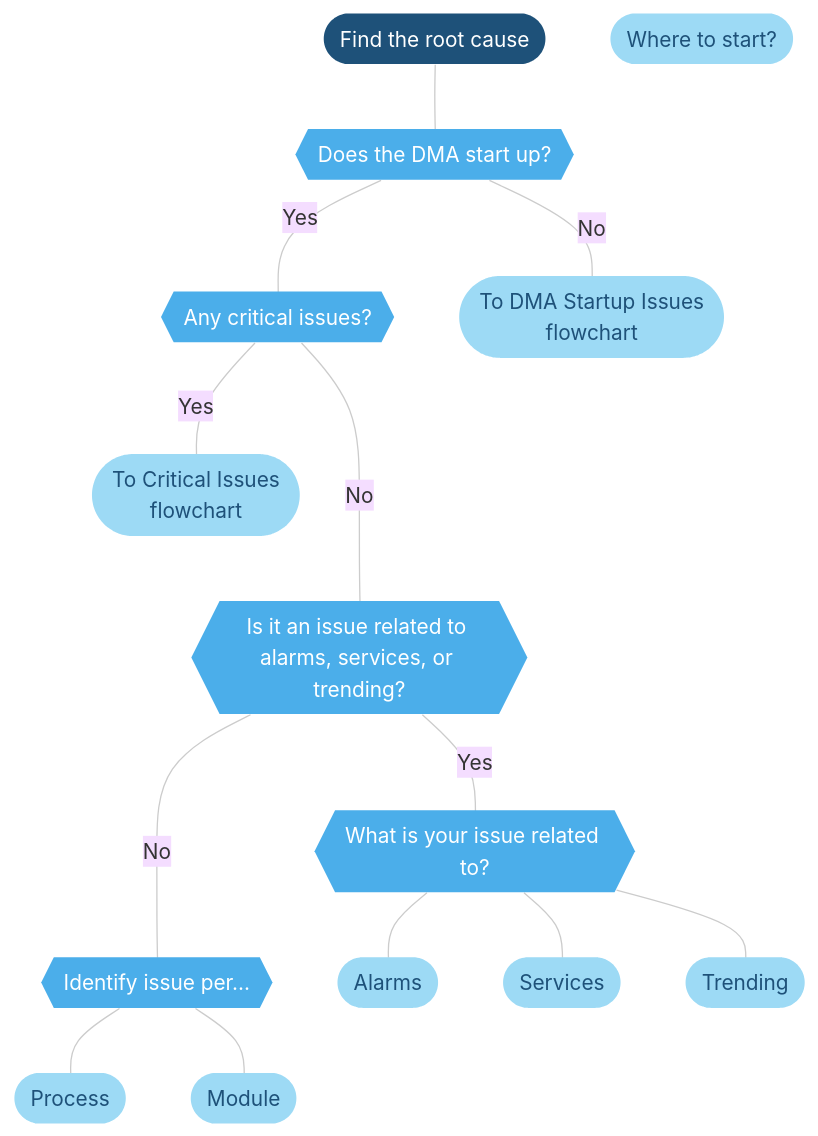
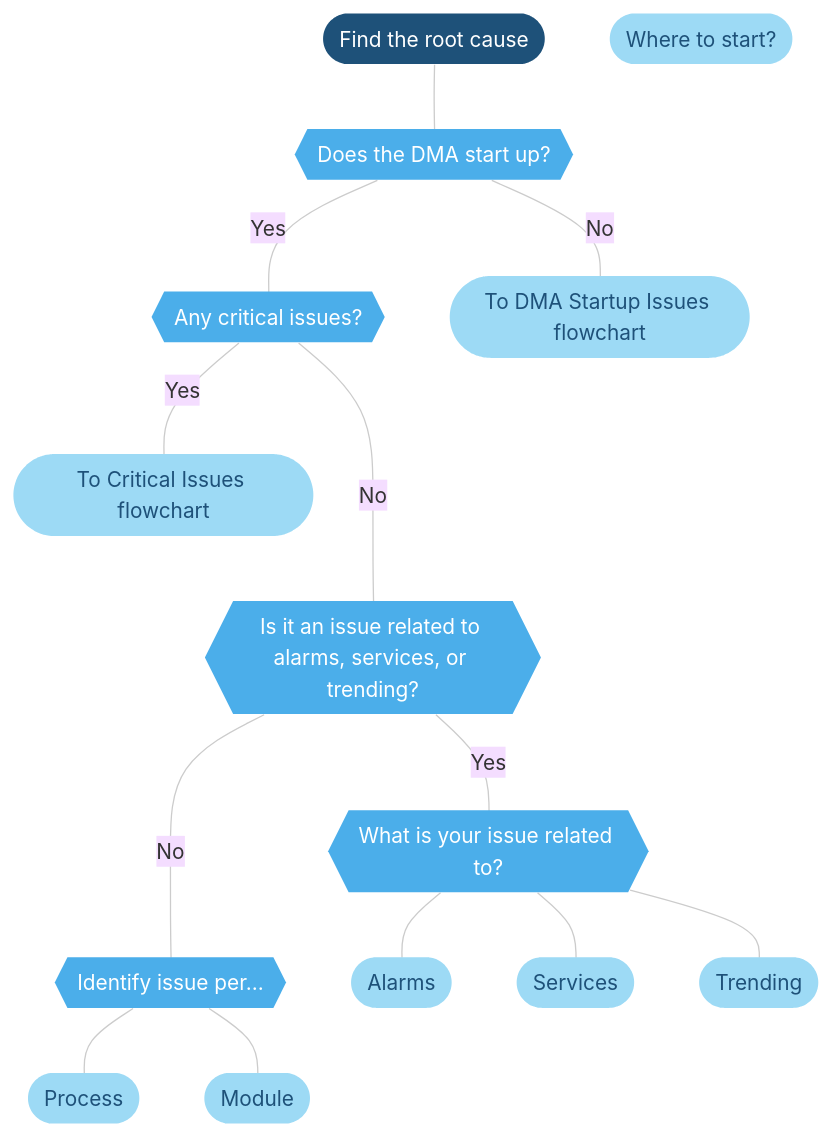
One commit to SkylineCommunications/dataminer-docs changed the diagram in user-guide/Troubleshooting/Troubleshooting_Flowcharts/Finding_a_Root_Cause.md. Above: the diagram before and after it, drawn with Mermaid (base theme). The commit also changed 21 other files, not shown here.

````diff
--- a/user-guide/Troubleshooting/Troubleshooting_Flowcharts/Finding_a_Root_Cause.md
+++ b/user-guide/Troubleshooting/Troubleshooting_Flowcharts/Finding_a_Root_Cause.md
@@ -7,53 +7,53 @@
 ```mermaid
 flowchart TD
     %% Define styles %%
     linkStyle default stroke:#cccccc
     classDef classTerminal fill:#1e5179,stroke:#1e5179,color:#ffffff,stroke-width:0px;
     classDef classDecision fill:#4baeea,stroke:#4baeea,color:#ffffff,stroke-width:0px;
     classDef classExternalRef fill:#9ddaf5,stroke:#9ddaf5,color:#1E5179,stroke-width:0px;
     classDef classActionClickable fill:#999999,stroke:#999999,color:#ffffff,stroke-width:0px;
     classDef classAction fill:#dddddd,stroke:#dddddd,color:#1E5179,stroke-width:0px;
     classDef classSolution fill:#58595b,stroke:#58595b,color:#ffffff,stroke-width:0px;
     %% Define blocks %%
     START([Find the root cause])
     Investigate([Where to start?])
     CheckStartup{{Does the DMA start up?}}
     CHECK1{{Any critical issues? }}
     identify{{Identify issue per... }}
-    AlarmsServicesTrending{{Is it an issue related to <br>alarms, services, or trending?}}
-    DMAStartupIssues([To DMA Startup Issues<br>flowchart])
-    critical([To Critical Issues<br>flowchart])
+    AlarmsServicesTrending{{Is it an issue related to alarms, services, or trending?}}
+    DMAStartupIssues([To DMA Startup Issues flowchart])
+    critical([To Critical Issues flowchart])
     ProcessFlowcharts([Process])
     Module([Module])
     Which{{What is your issue related to?}}
     Alarms([Alarms])
     Services([Services])
     Trending([Trending])
     %% Connect blocks %%
     START --- CheckStartup
     CheckStartup ---|Yes| CHECK1
     CheckStartup --- |No| DMAStartupIssues
     CHECK1 --- |Yes| critical
     CHECK1 ---- |No| AlarmsServicesTrending
     AlarmsServicesTrending ---|Yes|Which
     AlarmsServicesTrending ----|No|identify
     identify --- ProcessFlowcharts
     identify --- Module
     Which --- Alarms
     Which --- Services
     Which --- Trending
     %% Define hyperlinks %%
     click CHECK1 "#examples-of-critical-issues" "examples of critical issues"
     click critical "/user-guide/Troubleshooting/Troubleshooting_Flowcharts/Troubleshooting_Critical_Issues/Troubleshooting_Critical_Issues_Overview.html" "To critical issues flowchart"
     click DMAStartupIssues "/user-guide/Troubleshooting/Troubleshooting_Flowcharts/Troubleshooting_Startup_Issues.html" "DMA Startup Issues"
     click ProcessFlowcharts "/user-guide/Troubleshooting/Troubleshooting_Flowcharts/Troubleshooting_Process_Identification/Troubleshooting_Process_Identification.html" "Process identification"
     click Module "/user-guide/Troubleshooting/Troubleshooting_Flowcharts/Troubleshooting_Identify_Per_Module/Troubleshooting_Identify_Per_Module.html" "Identify per module"
     click Trending "/user-guide/Troubleshooting/Troubleshooting_Flowcharts/Troubleshooting_Trending.html" "Trending"
     click Services "/user-guide/Troubleshooting/Troubleshooting_Flowcharts/Troubleshooting_Services.html" "Services"
     click Alarms "/user-guide/Troubleshooting/Troubleshooting_Flowcharts/Troubleshooting_Alarms.html" "Alarms"
     click Investigate "/user-guide/Troubleshooting/Troubleshooting_Flowcharts/Troubleshooting_Where_to_Start.html"
     %% Apply styles to blocks %%
     class START classTerminal;
     class Which,AlarmsServicesTrending,CheckStartup,CHECK1,identify classDecision;
     class Investigate,Cassandra,Elasticsearch,DMAStartupIssues,critical,ProcessFlowcharts,Module,Alarms,Trending,Services classExternalRef;
 ```
````
